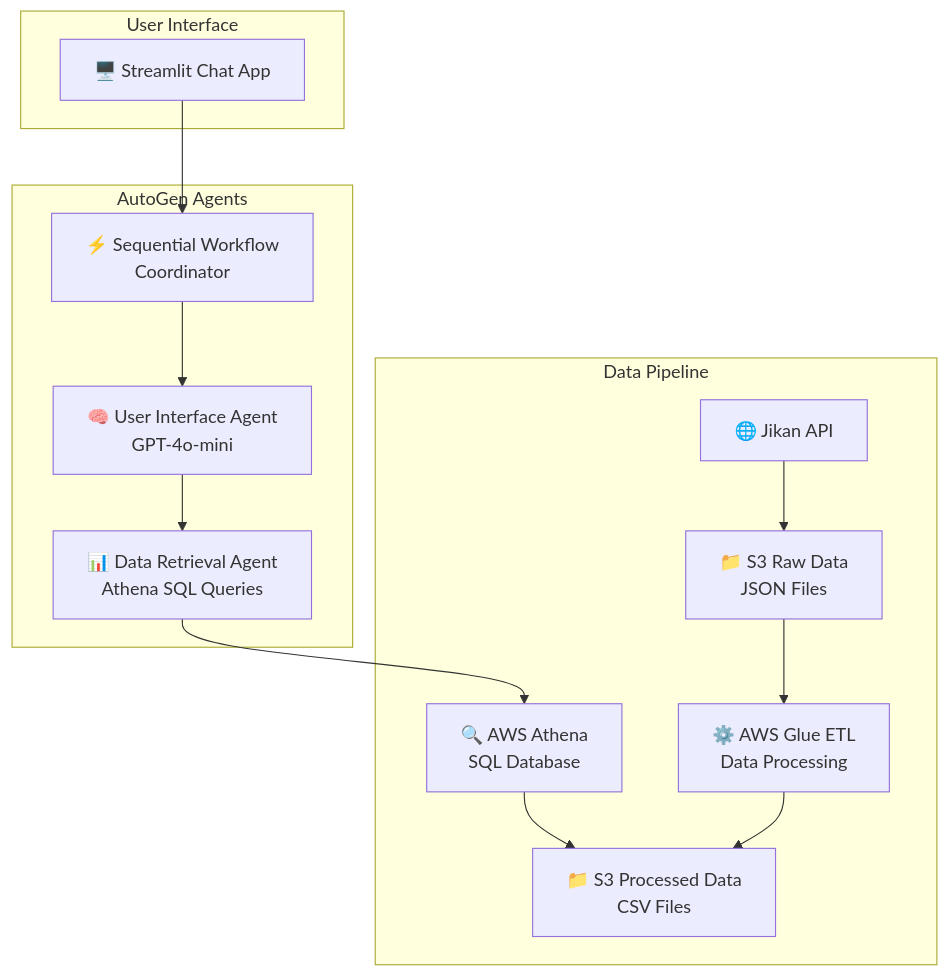
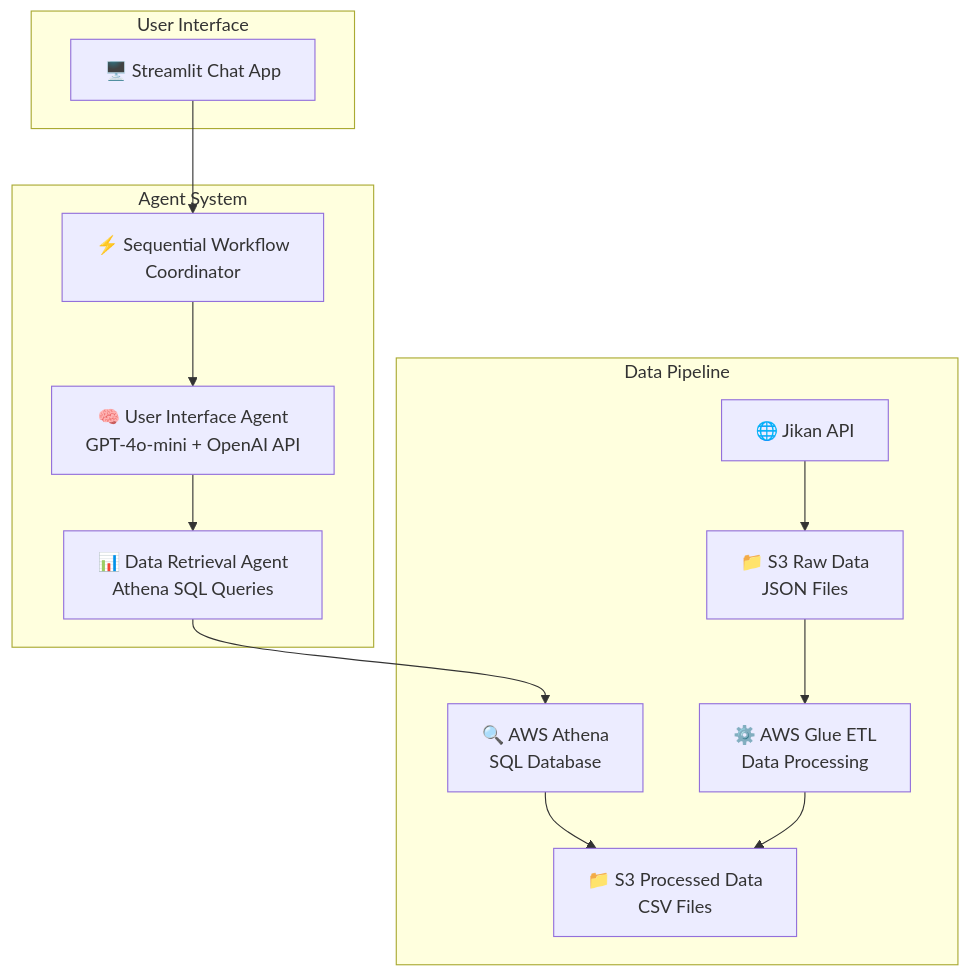
Before and after one commit to huyvu203/Anime-MVP: the diagram in README.md, drawn with Mermaid. The commit also changed other lines of this file and 4 other files, not shown here.

````diff
--- a/README.md
+++ b/README.md
@@ -51,30 +51,30 @@
 ```mermaid
 flowchart TD
     subgraph "User Interface"
         UI[🖥️ Streamlit Chat App]
     end
     
-    subgraph "AutoGen Agents"
-        UIA[🧠 User Interface Agent<br/>GPT-4o-mini]
+    subgraph "Agent System"
+        UIA[🧠 User Interface Agent<br/>GPT-4o-mini + OpenAI API]
         DRA[📊 Data Retrieval Agent<br/>Athena SQL Queries]
         WF[⚡ Sequential Workflow<br/>Coordinator]
     end
     
     subgraph "Data Pipeline"
         JIKAN[🌐 Jikan API]
         S3RAW[📁 S3 Raw Data<br/>JSON Files]
         GLUE[⚙️ AWS Glue ETL<br/>Data Processing]
         S3PROC[📁 S3 Processed Data<br/>CSV Files]
         ATHENA[🔍 AWS Athena<br/>SQL Database]
     end
     
     UI --> WF
     WF --> UIA
     UIA --> DRA
     DRA --> ATHENA
     ATHENA --> S3PROC
     
     JIKAN --> S3RAW
     S3RAW --> GLUE
     GLUE --> S3PROC
 ```
````
